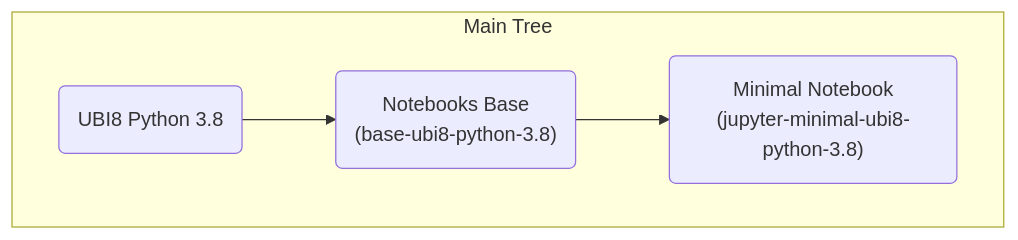
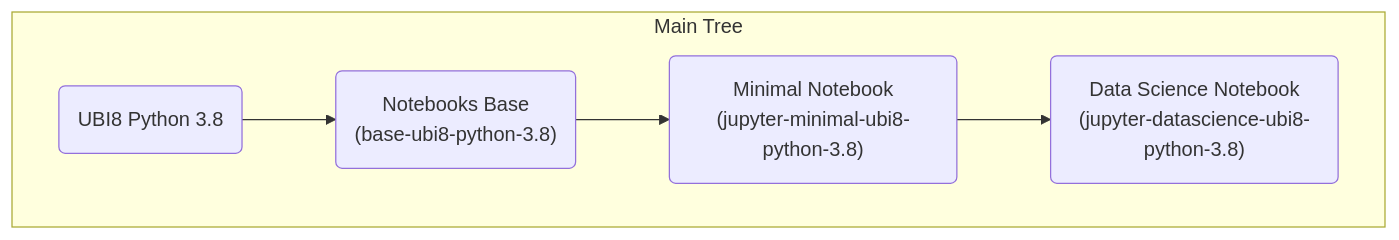
The diagram in README.md (opendatahub-io/notebooks), drawn with Mermaid before and after one commit. The commit also changed other lines of this file and 8 other files, not shown here.

Commit message:
Added data science notebook image

````diff
--- a/README.md
+++ b/README.md
@@ -7,8 +7,9 @@
 ```mermaid
 graph TB
     subgraph Main Tree
     %% base
     ubi8py38(UBI8 Python 3.8)-->base-ubi8py38("Notebooks Base<br/>(base-ubi8-python-3.8)");
     base-ubi8py38("Notebooks Base<br/>(base-ubi8-python-3.8)")--> minimal("Minimal Notebook<br/>(jupyter-minimal-ubi8-python-3.8)");
+    minimal("Minimal Notebook<br/>(jupyter-minimal-ubi8-python-3.8)")--> datascience("Data Science Notebook<br/>(jupyter-datascience-ubi8-python-3.8)");
     end
 ```
````
